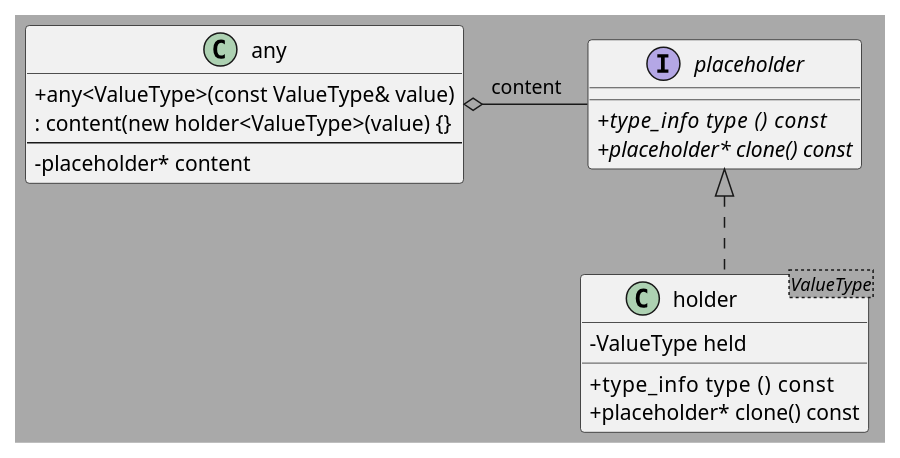
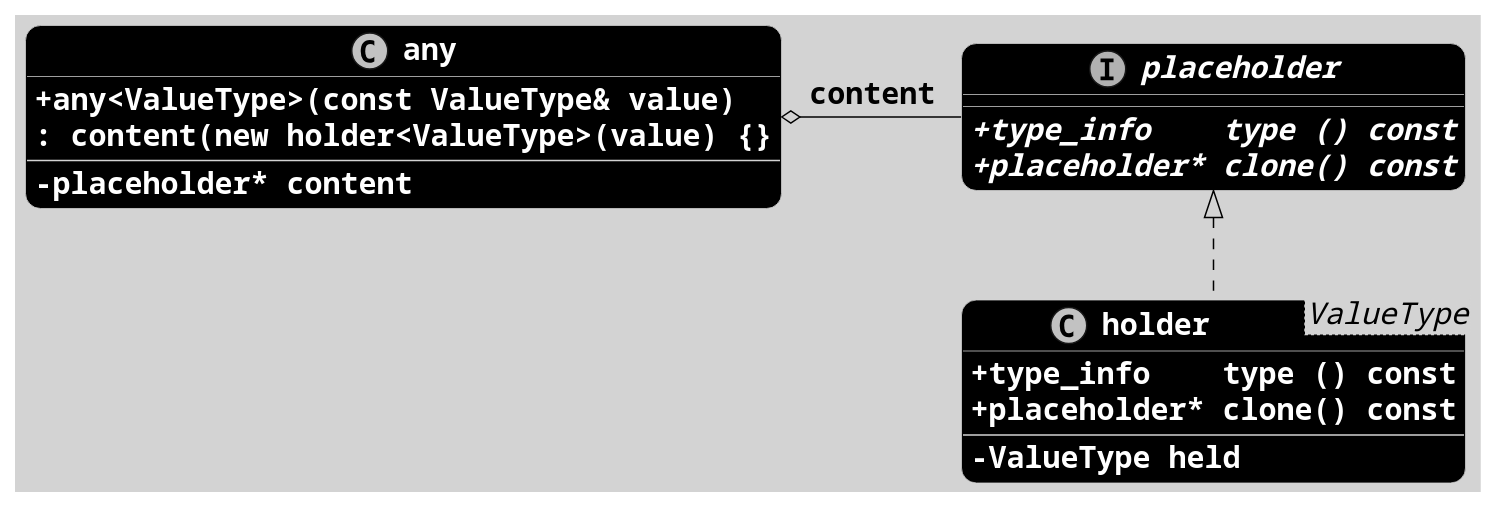
One commit to XzoRit/template_programming_workshop changed the diagram in presentation.org. Above: the diagram before and after it, drawn with PlantUML.

Commit message:
customize layout of boost.any class diagram

```diff
--- a/presentation.org
+++ b/presentation.org
@@ -523,32 +523,51 @@
 #+BEGIN_SRC plantuml :file boost_any.png
-skinparam backgroundcolor DarkGrey
-skinparam classAttributeIconSize 0
+skinparam monochrome true
+skinparam backgroundcolor LightGrey
+skinparam DefaultFontName Courier
+skinparam RoundCorner 20
+skinparam DefaultFontSize 20
+
+skinparam class {
+      ArrowColor Green
+      ArrowFontStyle Bold
+
+      AttributeFontColor White
+      AttributeFontStyle Bold
+      AttributeIconSize 0
+
+      ArrowColor Black
+      BackgroundColor Black
+      BorderColor LightGrey
+      FontColor White
+      FontStyle Bold
+}
 
 class any {
       +any<ValueType>(const ValueType& value)
       : content(new holder<ValueType>(value) {}
       --
       -placeholder* content
 }
 
 interface placeholder {
       +{abstract} type_info    type () const
       +{abstract} placeholder* clone() const
 }
 
 class holder<ValueType> {
       +type_info    type () const
       +placeholder* clone() const
+      --
       -ValueType held
 }
 
 placeholder <|.. holder
 any         o--  placeholder : content
 
 together {
       class any
       interface placeholder
 }
 
 any -[hidden]> placeholder
 #+END_SRC
```
